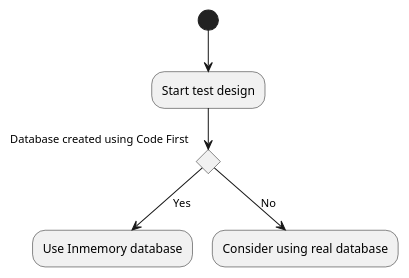
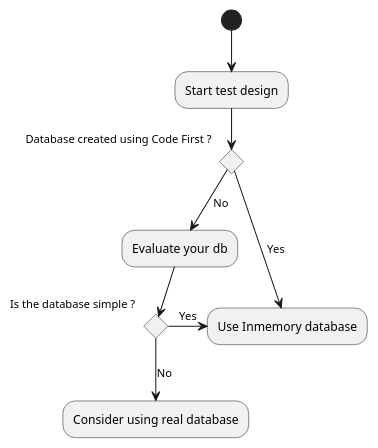
One commit to OsirisTerje/blog.hermit.no changed the diagram in _posts/testingdb.puml. Above: the diagram before and after it, drawn with PlantUML. The commit also changed 1 other file, not shown here.

```diff
--- a/_posts/testingdb.puml
+++ b/_posts/testingdb.puml
@@ -1,11 +1,16 @@
 @startuml
 
 (*) --> "Start test design"
 
-if "Database created using Code First" then
+if "Database created using Code First ?" then
    --> [Yes] "Use Inmemory database"
 else
-    --> [No] "Consider using real database"
+    --> [No] "Evaluate your db"
+    if "Is the database simple ?" then
+        -> [Yes] "Use Inmemory database"
+    else
+        --> [No] "Consider using real database"
+
 endif
 
 @enduml
```
